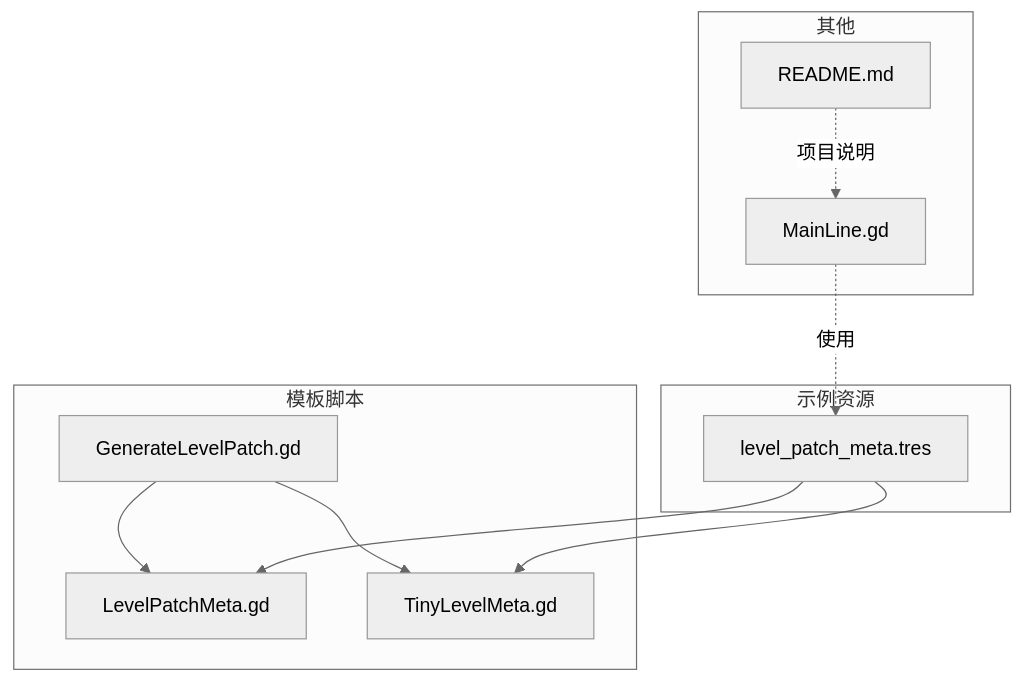
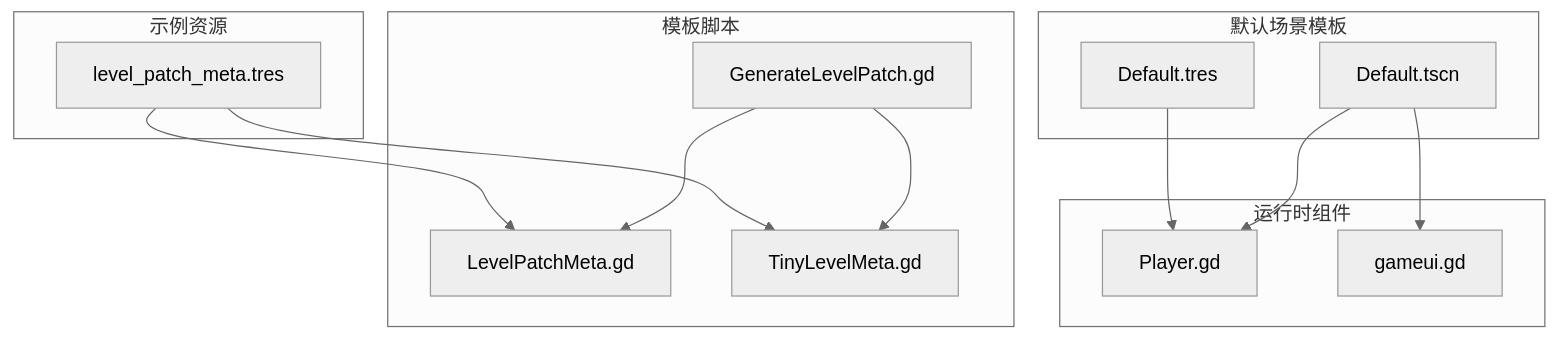
One commit to godotline/godot-line changed the first of 6 diagrams in .qoder/repowiki/zh/content/模板系统/模板系统.md. Above: the diagram before and after it, drawn with Mermaid (neutral theme). The commit also changed other lines of this file and 13 other files, not shown here.

````diff
--- a/.qoder/repowiki/zh/content/模板系统/模板系统.md
+++ b/.qoder/repowiki/zh/content/模板系统/模板系统.md
@@ -46,21 +57,26 @@
 ```mermaid
 graph TB
 subgraph "模板脚本"
 LPM["LevelPatchMeta.gd"]
 TLM["TinyLevelMeta.gd"]
 GLP["GenerateLevelPatch.gd"]
 end
 subgraph "示例资源"
 LPM_TRES["level_patch_meta.tres"]
 end
-subgraph "其他"
-MAIN["MainLine.gd"]
-README["README.md"]
+subgraph "默认场景模板"
+DEFAULT_SCN["Default.tscn"]
+DEFAULT_RES["Default.tres"]
+end
+subgraph "运行时组件"
+PLAYER["Player.gd"]
+GAMEUI["gameui.gd"]
 end
 GLP --> LPM
 GLP --> TLM
 LPM_TRES --> LPM
 LPM_TRES --> TLM
-MAIN -. 使用 .-> LPM_TRES
-README -. 项目说明 .-> MAIN
+DEFAULT_SCN --> PLAYER
+DEFAULT_SCN --> GAMEUI
+DEFAULT_RES --> PLAYER
 ```
````
